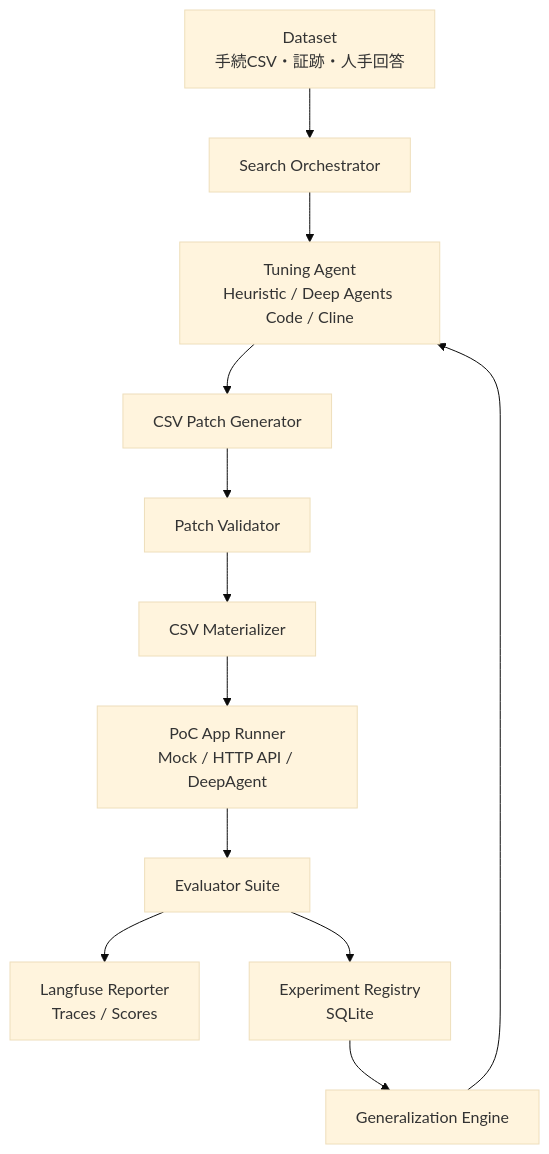
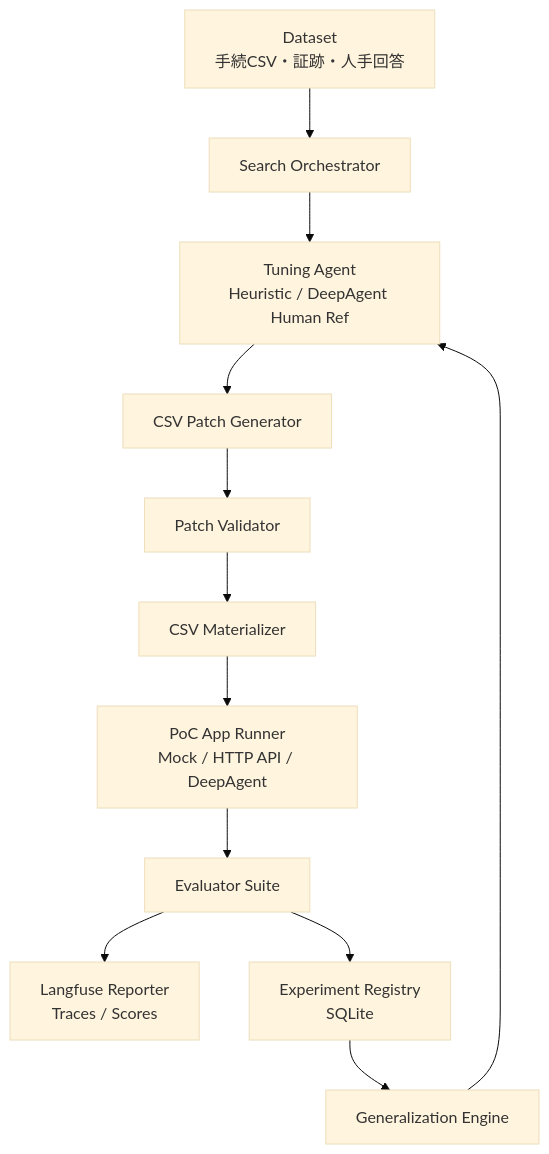
One commit to yujihama/PoC_Automation changed the diagram in README.md. Above: the diagram before and after it, drawn with Mermaid (base theme). The commit also changed other lines of this file and 17 other files, not shown here.

````diff
--- a/README.md
+++ b/README.md
@@ -24,14 +24,14 @@
 ```mermaid
 flowchart TD
     A[Dataset\n手続CSV・証跡・人手回答] --> B[Search Orchestrator]
-    B --> C[Tuning Agent\nHeuristic / Deep Agents Code / Cline]
+    B --> C[Tuning Agent\nHeuristic / DeepAgent Human Ref]
     C --> D[CSV Patch Generator]
     D --> E[Patch Validator]
     E --> F[CSV Materializer]
     F --> G[PoC App Runner\nMock / HTTP API / DeepAgent]
     G --> H[Evaluator Suite]
     H --> I[Langfuse Reporter\nTraces / Scores]
     H --> J[Experiment Registry\nSQLite]
     J --> K[Generalization Engine]
     K --> C
 ```
````
